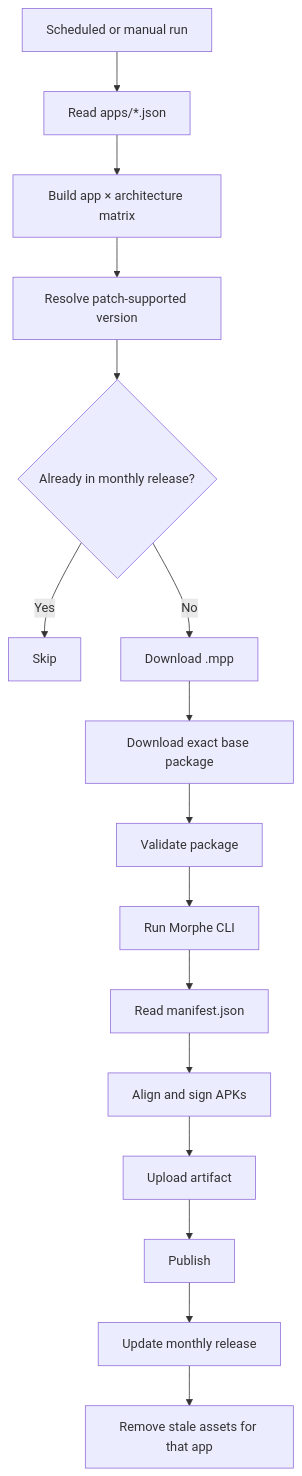
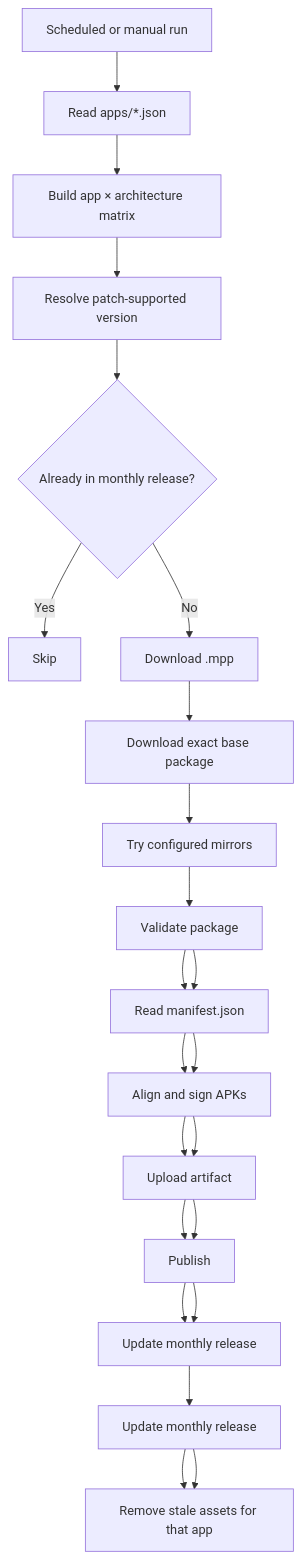
One commit to Fahry-a/Farhan-Morphe-Auto-Build changed the diagram in README.md. Above: the diagram before and after it, drawn with Mermaid. The commit also changed other lines of this file, not shown here.

````diff
--- a/README.md
+++ b/README.md
@@ -36,18 +36,25 @@
 ```mermaid
 flowchart TD
     A["Scheduled or manual run"] --> B["Read apps/*.json"]
     B --> C["Build app × architecture matrix"]
     C --> D["Resolve patch-supported version"]
     D --> E{"Already in monthly release?"}
     E -- Yes --> F["Skip"]
     E -- No --> G["Download .mpp"]
     G --> H["Download exact base package"]
-    H --> I["Validate package"]
-    I --> J["Run Morphe CLI"]
+    H --> I["Try configured mirrors"]
+    I --> J["Validate package"]
+    J --> K["Run Morphe CLI"]
+    K --> L["Read manifest.json"]
+    L --> M["Align and sign APKs"]
+    M --> N["Upload artifact"]
+    N --> O["Publish"]
+    O --> P["Update monthly release"]
+    P --> Q["Remove stale assets for that app"]
     J --> K["Read manifest.json"]
     K --> L["Align and sign APKs"]
     L --> M["Upload artifact"]
     M --> N["Publish"]
     N --> O["Update monthly release"]
-    O --> P["Remove stale assets for that app"]
+    P --> Q["Remove stale assets for that app"]
 ```
````
